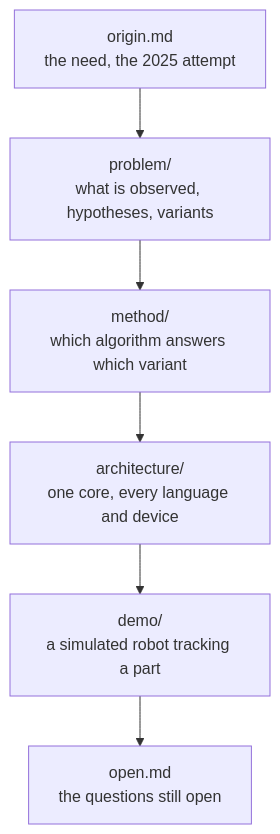
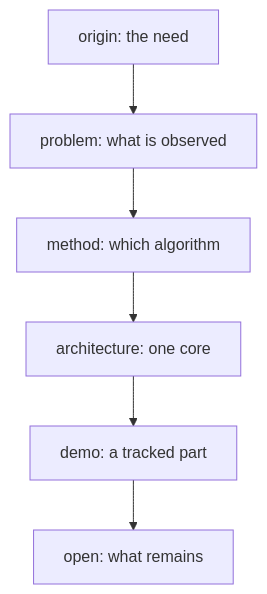
Before and after one commit to Ophiase/congru: the diagram in ideas/README.md, drawn with Mermaid. The commit also changed other lines of this file and 25 other files, not shown here.

Commit message:
0.1.18: resync with the Kanon, markdown check, consent on references, diagrams to the rule

````diff
--- a/ideas/README.md
+++ b/ideas/README.md
@@ -24,9 +24,8 @@
 ```mermaid
-flowchart TD
-  O["origin.md<br/>the need, the 2025 attempt"] --> P
-  P["problem/<br/>what is observed, hypotheses, variants"]
-  P --> M["method/<br/>which algorithm answers which variant"]
-  M --> A["architecture/<br/>one core, every language and device"]
-  A --> D["demo/<br/>a simulated robot tracking a part"]
-  D --> Q["open.md<br/>the questions still open"]
+graph TD
+  O["origin: the need"] --> P["problem: what is observed"]
+  P --> M["method: which algorithm"]
+  M --> A["architecture: one core"]
+  A --> D["demo: a tracked part"]
+  D --> Q["open: what remains"]
 ```
````
